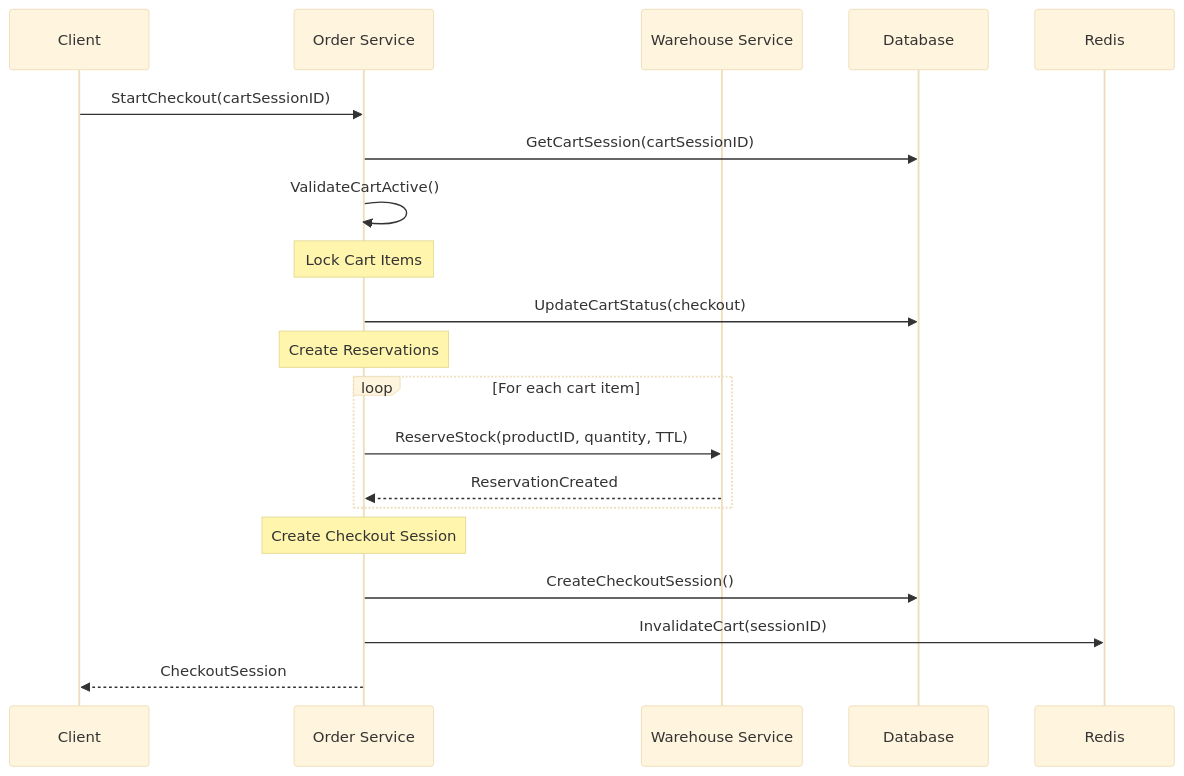
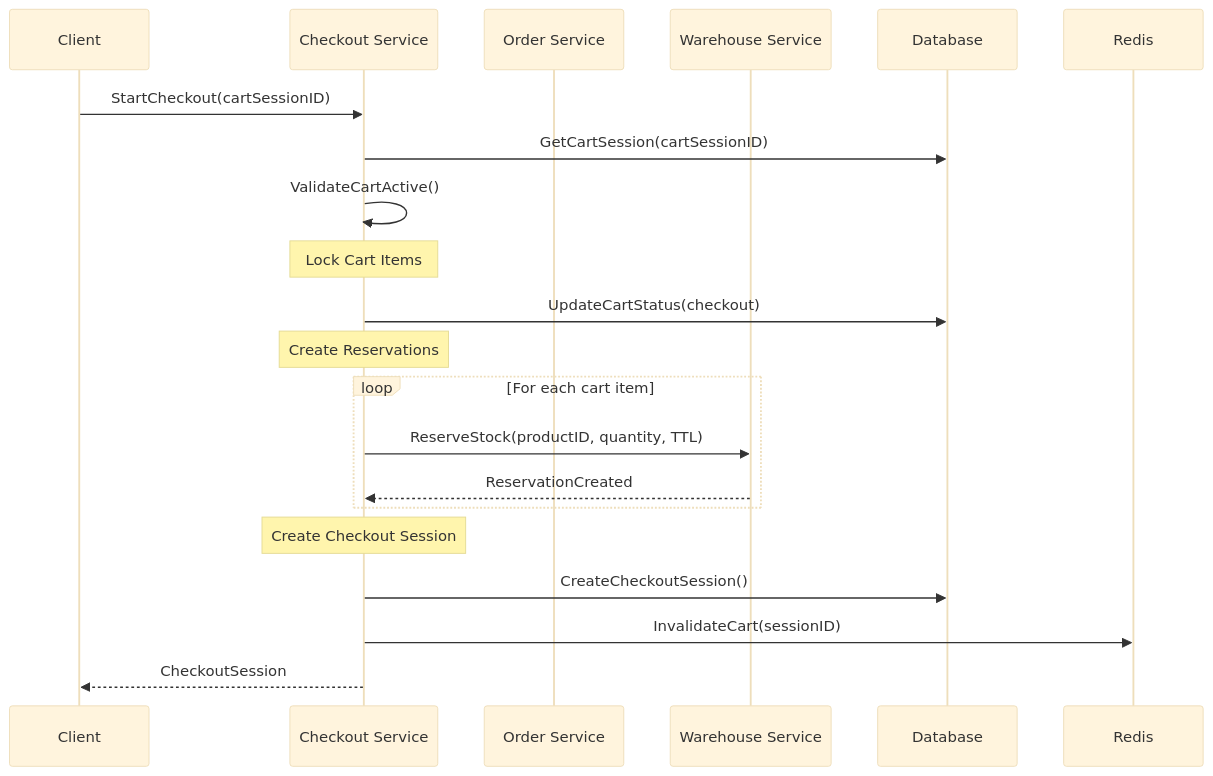
Before and after one commit to vesviet/Composable-Commerce-Service-Architecture: the second of 4 diagrams in 02-business-domains/commerce/cart-checkout.md, drawn with Mermaid (base theme). The commit also changed other lines of this file and 2 other files, not shown here.

First line of the commit message:
docs: add user service code review checklist and update documentation

````diff
--- a/02-business-domains/commerce/cart-checkout.md
+++ b/02-business-domains/commerce/cart-checkout.md
@@ -186,28 +189,29 @@
 ```mermaid
 sequenceDiagram
     participant C as Client
-    participant O as Order Service
+    participant CS as Checkout Service
+    participant OS as Order Service
     participant W as Warehouse Service
     participant DB as Database
     participant Cache as Redis
 
-    C->>O: StartCheckout(cartSessionID)
+    C->>CS: StartCheckout(cartSessionID)
     
-    O->>DB: GetCartSession(cartSessionID)
-    O->>O: ValidateCartActive()
+    CS->>DB: GetCartSession(cartSessionID)
+    CS->>CS: ValidateCartActive()
     
-    Note over O: Lock Cart Items
-    O->>DB: UpdateCartStatus(checkout)
+    Note over CS: Lock Cart Items
+    CS->>DB: UpdateCartStatus(checkout)
     
-    Note over O: Create Reservations
+    Note over CS: Create Reservations
     loop For each cart item
-        O->>W: ReserveStock(productID, quantity, TTL)
-        W-->>O: ReservationCreated
+        CS->>W: ReserveStock(productID, quantity, TTL)
+        W-->>CS: ReservationCreated
     end
     
-    Note over O: Create Checkout Session
-    O->>DB: CreateCheckoutSession()
-    O->>Cache: InvalidateCart(sessionID)
+    Note over CS: Create Checkout Session
+    CS->>DB: CreateCheckoutSession()
+    CS->>Cache: InvalidateCart(sessionID)
     
-    O-->>C: CheckoutSession
+    CS-->>C: CheckoutSession
 ```
````
